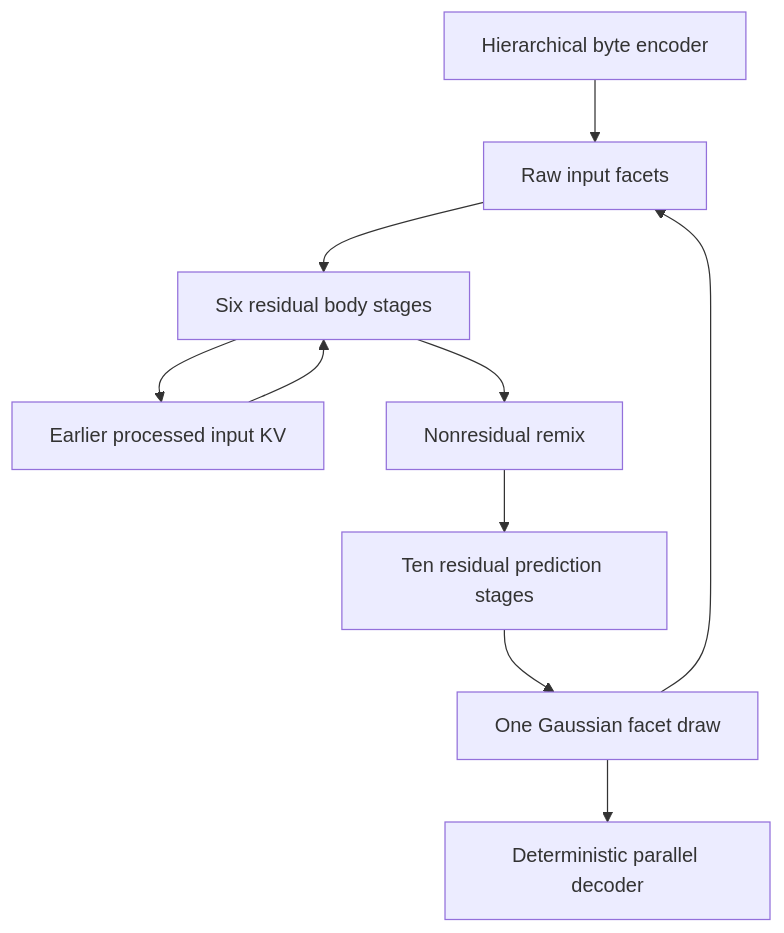
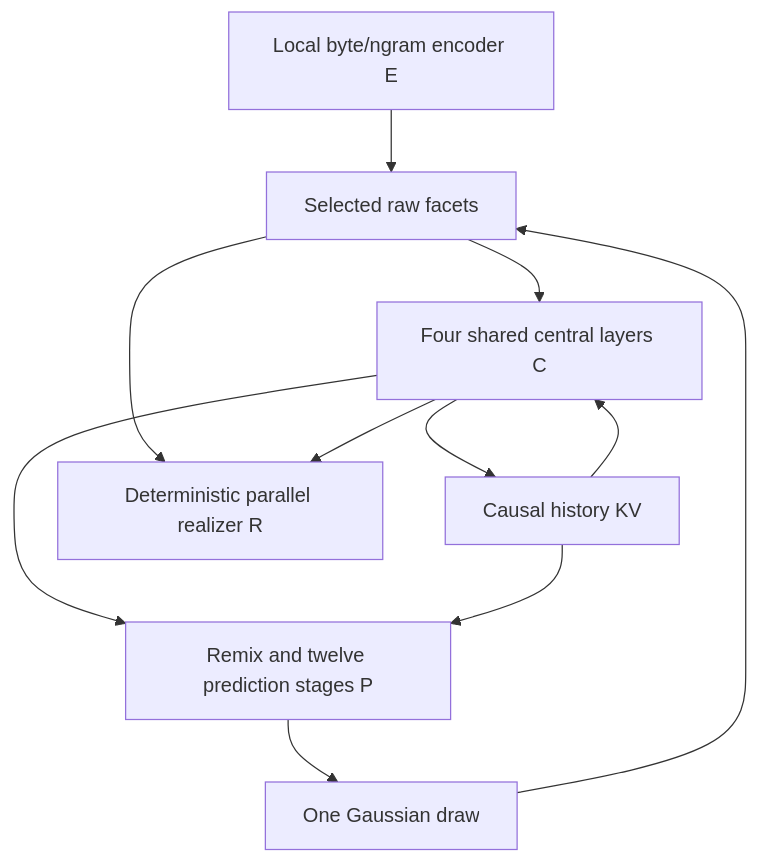
Before and after one commit to werg/megatoken: the diagram in docs/generation.md, drawn with Mermaid. The commit also changed other lines of this file and 53 other files, not shown here.

First line of the commit message:
Reuse central processing for contextual realization and next-facet prediction

````diff
--- a/docs/generation.md
+++ b/docs/generation.md
@@ -16,12 +19,13 @@
 ```mermaid
 flowchart TD
-    E["Hierarchical byte encoder"] --> I["Raw input facets"]
-    I --> B["Six residual body stages"]
-    H["Earlier processed input KV"] --> B
-    B --> M["Nonresidual remix"]
-    M --> P["Ten residual prediction stages"]
-    P --> Z["One Gaussian facet draw"]
-    Z --> D["Deterministic parallel decoder"]
-    Z --> I
-    B --> H
+    E["Local byte/ngram encoder E"] --> Z["Selected raw facets"]
+    P["Remix and twelve prediction stages P"] --> G["One Gaussian draw"]
+    G --> Z
+    Z --> C["Four shared central layers C"]
+    H["Causal history KV"] --> C
+    C --> H
+    C --> P
+    H --> P
+    Z --> R["Deterministic parallel realizer R"]
+    C --> R
 ```
````
